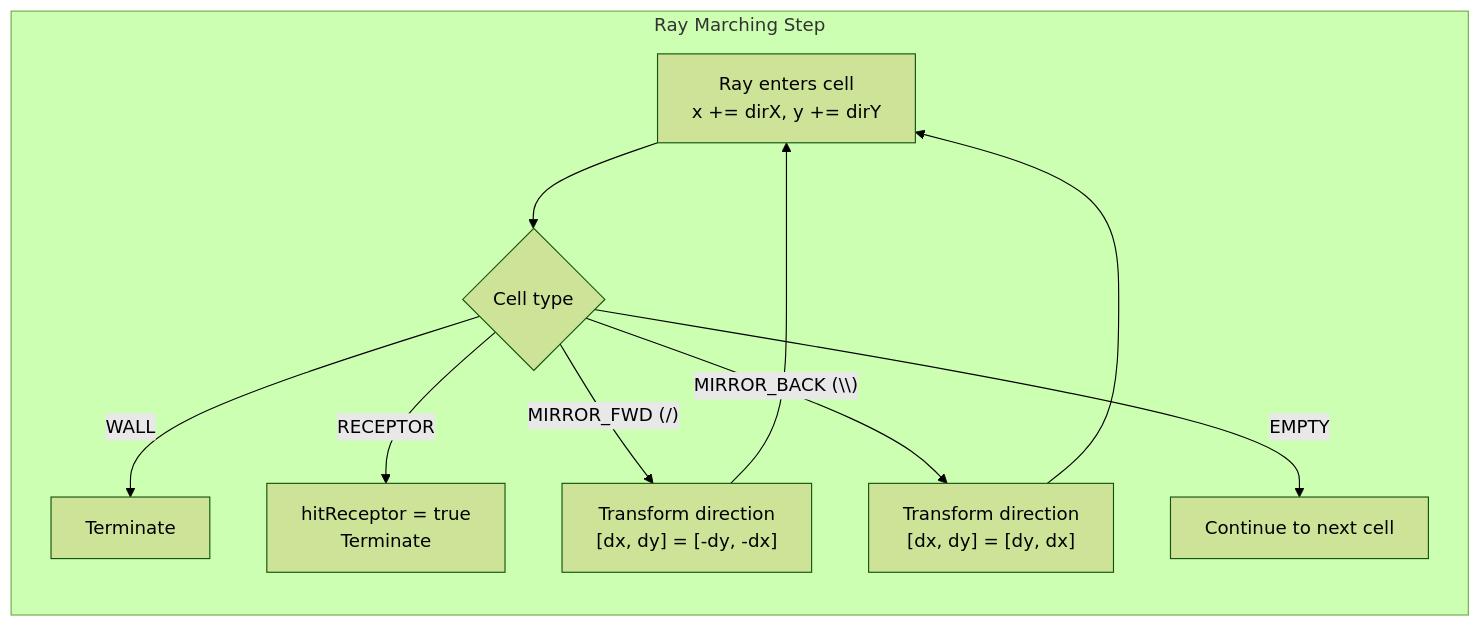
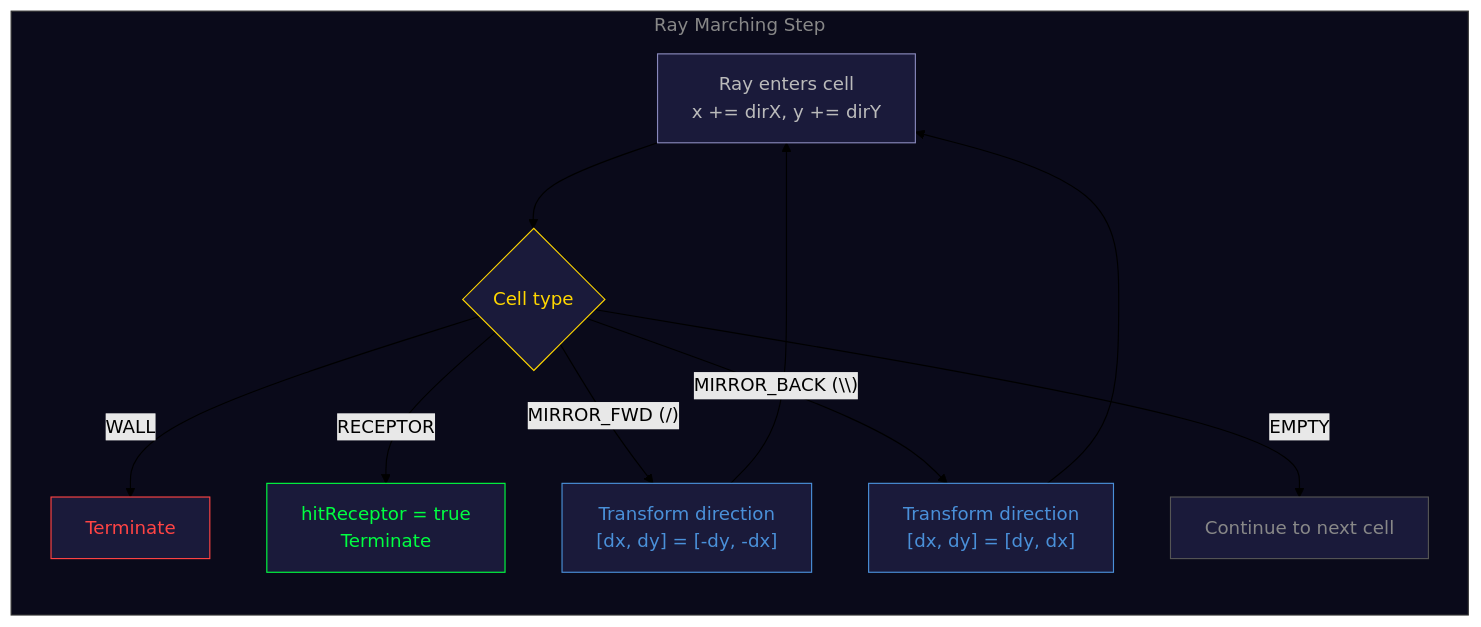
The fourth of 6 diagrams in README.md (jacksonvincent012-web/Solstice-Game), drawn with Mermaid (forest theme) before and after one commit. The commit also changed other lines of this file, not shown here.

Commit message:
Style Mermaid architecture diagrams with game-themed colors

````diff
--- a/README.md
+++ b/README.md
@@ -67,14 +84,23 @@
 ```mermaid
 flowchart TB
     subgraph RayMarch[Ray Marching Step]
         direction TB
         A["Ray enters cell<br>x += dirX, y += dirY"] --> B{"Cell type"}
         B -->|"WALL"| C["Terminate"]
         B -->|"RECEPTOR"| D["hitReceptor = true<br>Terminate"]
         B -->|"MIRROR_FWD (/)"| E["Transform direction<br>[dx, dy] = [-dy, -dx]"]
         B -->|"MIRROR_BACK (\\)"| F["Transform direction<br>[dx, dy] = [dy, dx]"]
         B -->|"EMPTY"| G["Continue to next cell"]
         E --> A
         F --> A
     end
+
+    style A fill:#1a1a3a,stroke:#8888bb,color:#bbb
+    style B fill:#1a1a3a,stroke:#ffd700,color:#ffd700
+    style C fill:#1a1a3a,stroke:#ff4444,color:#ff4444
+    style D fill:#1a1a3a,stroke:#00ff41,color:#00ff41
+    style E fill:#1a1a3a,stroke:#4a90d9,color:#4a90d9
+    style F fill:#1a1a3a,stroke:#4a90d9,color:#4a90d9
+    style G fill:#1a1a3a,stroke:#555,color:#888
+    style RayMarch fill:#0a0a1a,stroke:#333,color:#888
 ```
````
